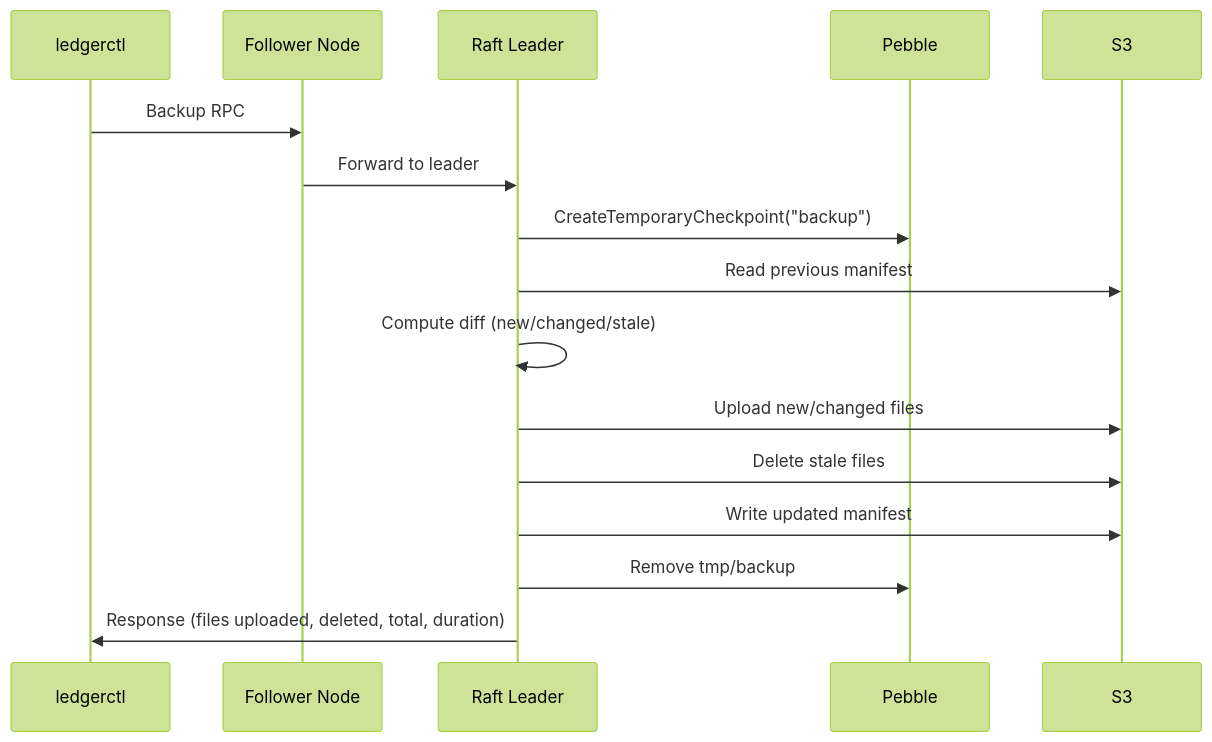
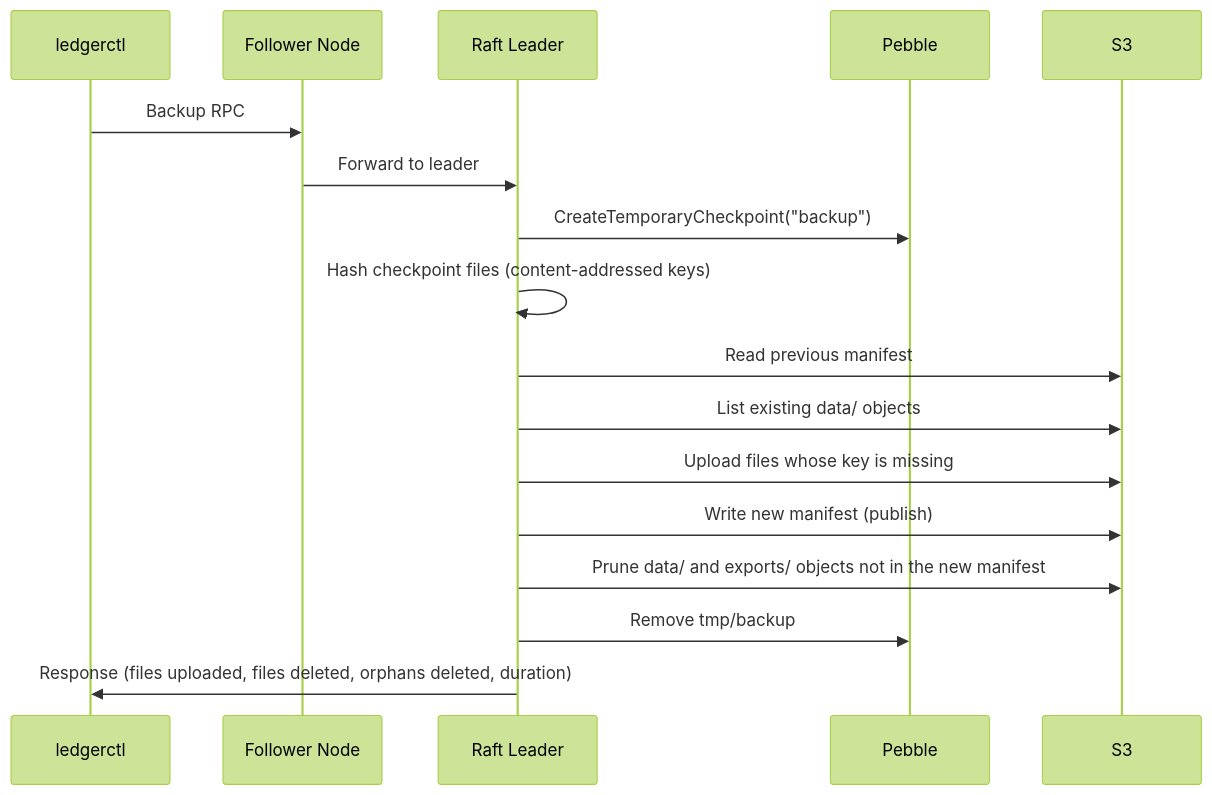
Before and after one commit to formancehq/ledger: the diagram in docs/ops/backup-restore.md, drawn with Mermaid (forest theme). The commit also changed other lines of this file and 1 other file, not shown here.

First line of the commit message:
docs(ops): align clusterz, audit key and backup flow with the code

````diff
--- a/docs/ops/backup-restore.md
+++ b/docs/ops/backup-restore.md
@@ -311,21 +312,22 @@
 ```mermaid
 sequenceDiagram
     participant Client as ledgerctl
     participant Follower as Follower Node
     participant Leader as Raft Leader
     participant Pebble
     participant Storage as S3
 
     Client->>Follower: Backup RPC
     Follower->>Leader: Forward to leader
 
     Leader->>Pebble: CreateTemporaryCheckpoint("backup")
+    Leader->>Leader: Hash checkpoint files (content-addressed keys)
     Leader->>Storage: Read previous manifest
-    Leader->>Leader: Compute diff (new/changed/stale)
-    Leader->>Storage: Upload new/changed files
-    Leader->>Storage: Delete stale files
-    Leader->>Storage: Write updated manifest
+    Leader->>Storage: List existing data/ objects
+    Leader->>Storage: Upload files whose key is missing
+    Leader->>Storage: Write new manifest (publish)
+    Leader->>Storage: Prune data/ and exports/ objects not in the new manifest
     Leader->>Pebble: Remove tmp/backup
 
-    Leader->>Client: Response (files uploaded, deleted, total, duration)
+    Leader->>Client: Response (files uploaded, files deleted, orphans deleted, duration)
 ```
````
